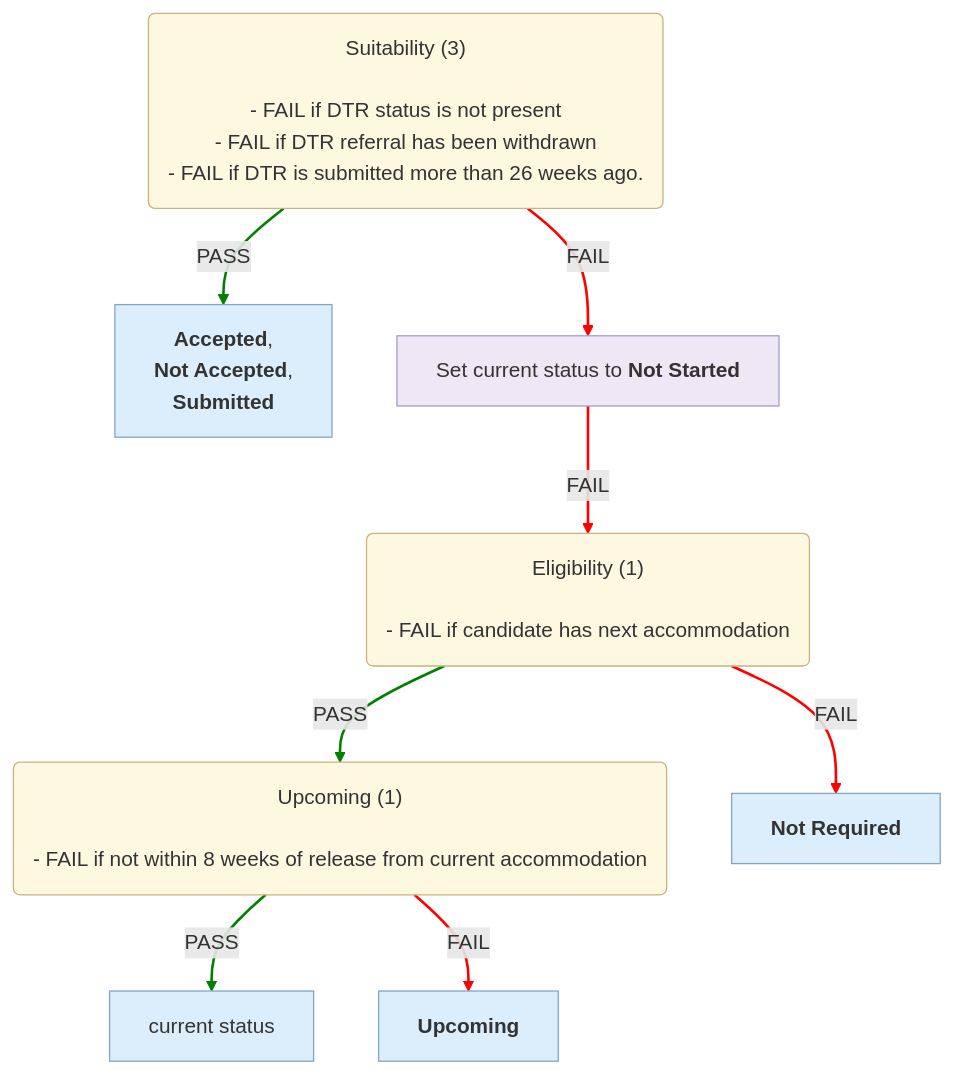
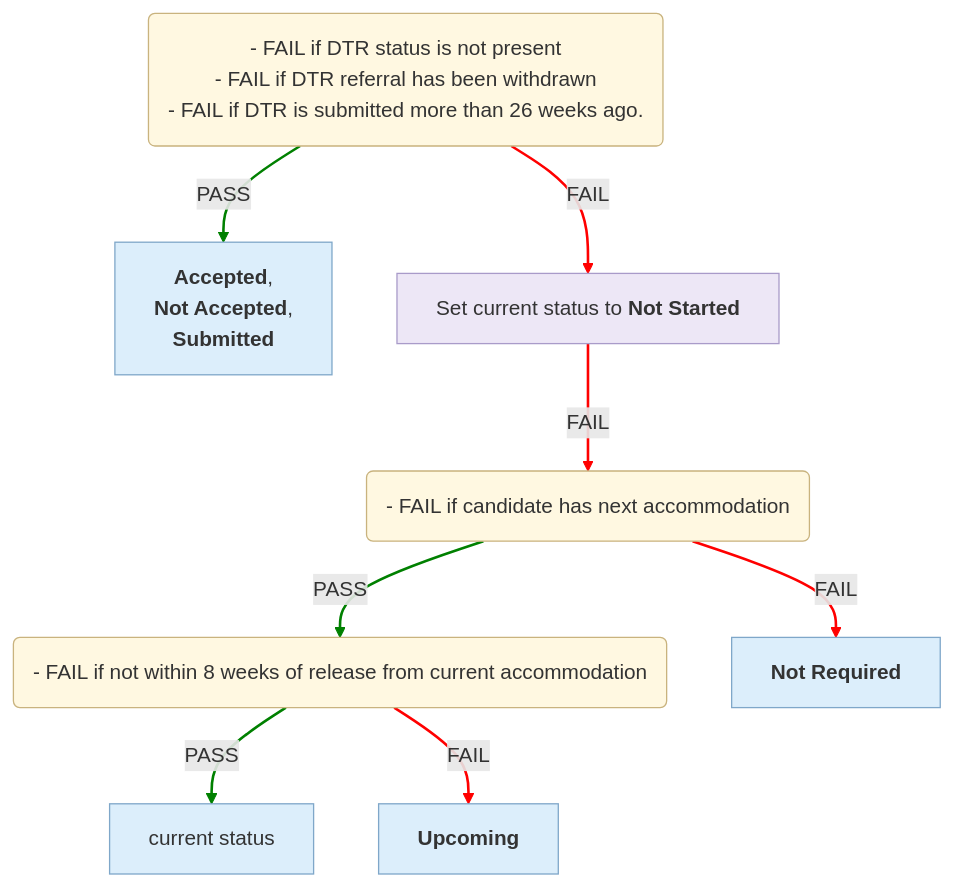
The fifth of 6 diagrams in docs/eligibility-rules-graph.md (uk-gov-mirror/ministryofjustice.hmpps-single-accommodation-service-api), drawn with Mermaid before and after one commit. The commit also changed other lines of this file, not shown here.

Commit message:
chore/SAS-1532-Use-UI-statuses-in-graph-instead-of-enums

````diff
--- a/docs/eligibility-rules-graph.md
+++ b/docs/eligibility-rules-graph.md
@@ -539,37 +495,31 @@
 ```mermaid
 %%{init: {"flowchart": {"wrappingWidth": 800}}}%%
 flowchart TD
-  Suitability("Suitability (3)
-
-- FAIL if DTR status is not present
+  Suitability("- FAIL if DTR status is not present
 - FAIL if DTR referral has been withdrawn
 - FAIL if DTR is submitted more than 26 weeks ago.")
   updater_Accepted___Not_Accepted___Submitted["<b>Accepted</b>,
  <b>Not Accepted</b>,
  <b>Submitted</b>"]
   updater_Set_current_status_to_Not_Started["Set current status to <b>Not Started</b>"]
-  Eligibility("Eligibility (1)
-
-- FAIL if candidate has next accommodation")
-  Upcoming("Upcoming (1)
-
-- FAIL if not within 8 weeks of release from current accommodation")
+  Eligibility("- FAIL if candidate has next accommodation")
+  Upcoming("- FAIL if not within 8 weeks of release from current accommodation")
   current_status["current status"]
   updater_Upcoming["<b>Upcoming</b>"]
   Not_Required["<b>Not Required</b>"]
   Suitability -->|PASS| updater_Accepted___Not_Accepted___Submitted
   Suitability -->|FAIL| updater_Set_current_status_to_Not_Started
   Upcoming -->|PASS| current_status
   Upcoming -->|FAIL| updater_Upcoming
   Eligibility -->|PASS| Upcoming
   Eligibility -->|FAIL| Not_Required
   updater_Set_current_status_to_Not_Started -->|FAIL| Eligibility
   linkStyle 0,2,4 stroke:green,stroke-width:2px
   linkStyle 1,3,5,6 stroke:red,stroke-width:2px
   classDef ruleSetNode fill:#FFF8E1,stroke:#C9B37E,color:#333
   classDef outcomeNode fill:#DCEEFB,stroke:#7FA7C9,color:#333
   classDef updaterNode fill:#EDE7F6,stroke:#A99BC9,color:#333
   class Suitability,Eligibility,Upcoming ruleSetNode
   class updater_Accepted___Not_Accepted___Submitted,current_status,updater_Upcoming,Not_Required outcomeNode
   class updater_Set_current_status_to_Not_Started updaterNode
 ```
````
